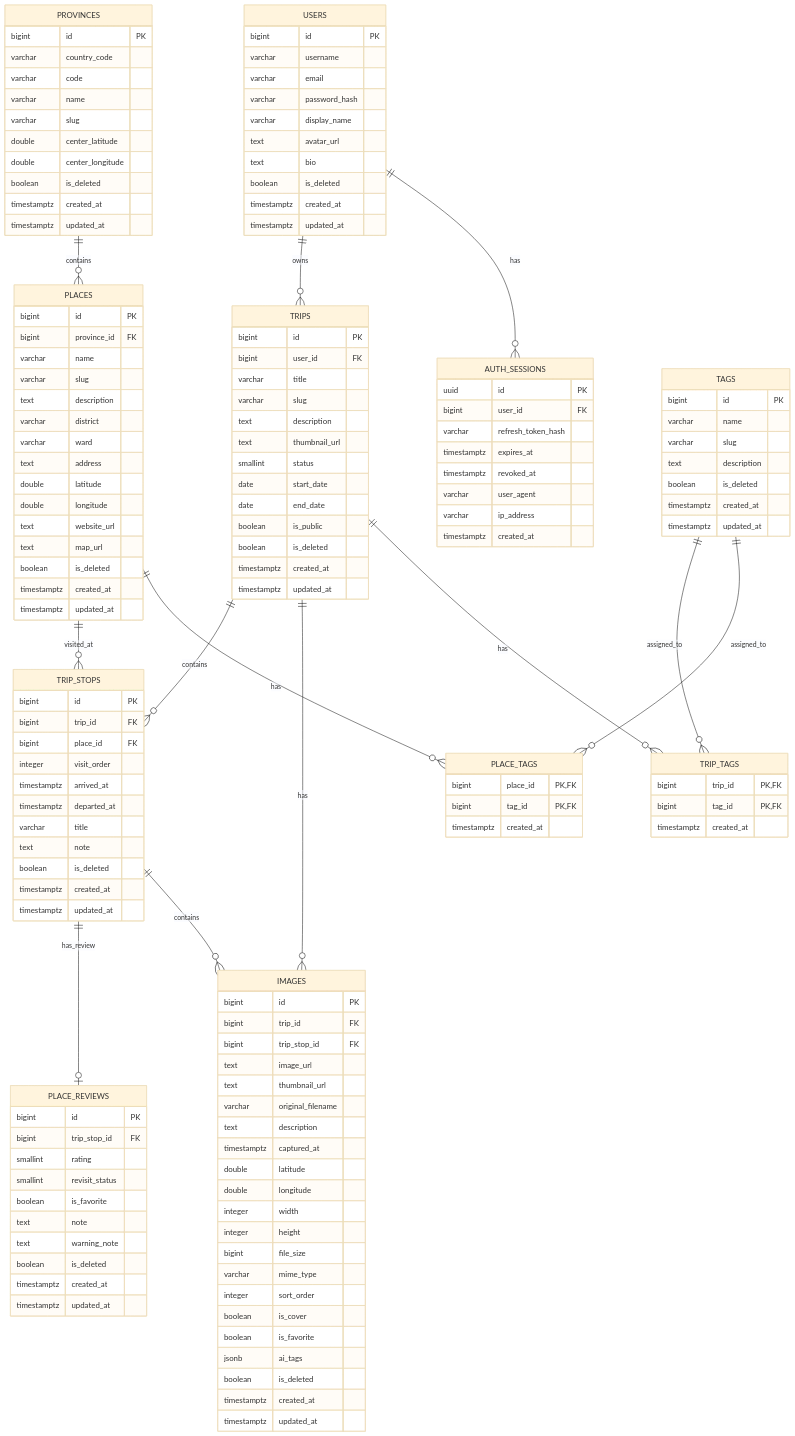
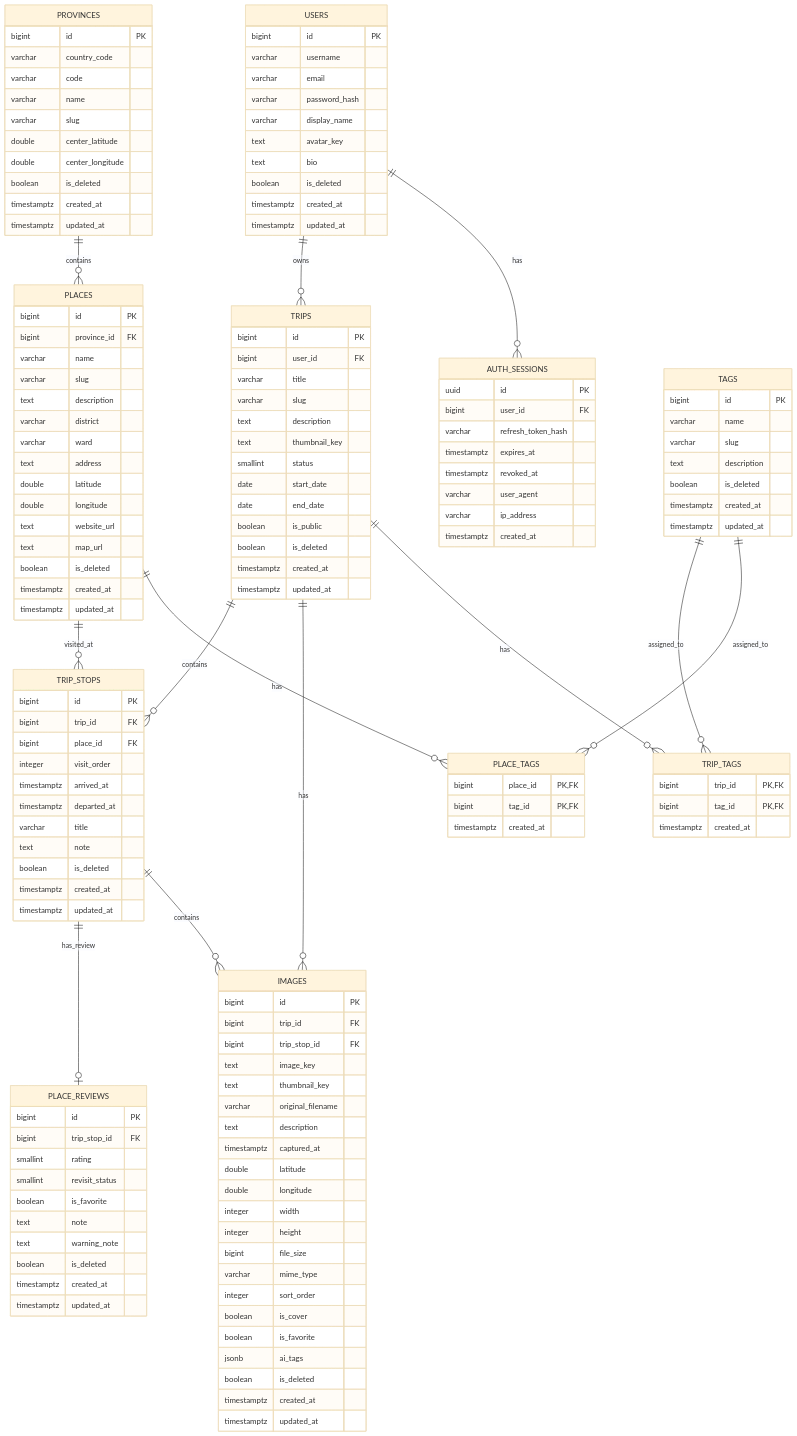
The diagram in database/nomad-diary-er.mmd (Harold-Luong/nomad-diary), drawn with Mermaid (base theme) before and after one commit. The commit also changed 5 other files, not shown here.

```diff
--- a/database/nomad-diary-er.mmd
+++ b/database/nomad-diary-er.mmd
@@ -1,164 +1,164 @@
 
 erDiagram
     USERS ||--o{ TRIPS : owns
     USERS ||--o{ AUTH_SESSIONS : has
 
     PROVINCES ||--o{ PLACES : contains
 
     TRIPS ||--o{ TRIP_STOPS : contains
     PLACES ||--o{ TRIP_STOPS : visited_at
 
     TRIP_STOPS ||--o| PLACE_REVIEWS : has_review
 
     TRIPS ||--o{ IMAGES : has
     TRIP_STOPS ||--o{ IMAGES : contains
 
     TRIPS ||--o{ TRIP_TAGS : has
     TAGS ||--o{ TRIP_TAGS : assigned_to
 
     PLACES ||--o{ PLACE_TAGS : has
     TAGS ||--o{ PLACE_TAGS : assigned_to
 
     USERS {
         bigint id PK
         varchar username
         varchar email
         varchar password_hash
         varchar display_name
-        text avatar_url
+        text avatar_key
         text bio
         boolean is_deleted
         timestamptz created_at
         timestamptz updated_at
     }
 
     AUTH_SESSIONS {
         uuid id PK
         bigint user_id FK
         varchar refresh_token_hash
         timestamptz expires_at
         timestamptz revoked_at
         varchar user_agent
         varchar ip_address
         timestamptz created_at
     }
 
     PROVINCES {
         bigint id PK
         varchar country_code
         varchar code
         varchar name
         varchar slug
         double center_latitude
         double center_longitude
         boolean is_deleted
         timestamptz created_at
         timestamptz updated_at
     }
 
     PLACES {
         bigint id PK
         bigint province_id FK
         varchar name
         varchar slug
         text description
         varchar district
         varchar ward
         text address
         double latitude
         double longitude
         text website_url
         text map_url
         boolean is_deleted
         timestamptz created_at
         timestamptz updated_at
     }
 
     TRIPS {
         bigint id PK
         bigint user_id FK
         varchar title
         varchar slug
         text description
-        text thumbnail_url
+        text thumbnail_key
         smallint status
         date start_date
         date end_date
         boolean is_public
         boolean is_deleted
         timestamptz created_at
         timestamptz updated_at
     }
 
     TRIP_STOPS {
         bigint id PK
         bigint trip_id FK
         bigint place_id FK
         integer visit_order
         timestamptz arrived_at
         timestamptz departed_at
         varchar title
         text note
         boolean is_deleted
         timestamptz created_at
         timestamptz updated_at
     }
 
     PLACE_REVIEWS {
         bigint id PK
         bigint trip_stop_id FK
         smallint rating
         smallint revisit_status
         boolean is_favorite
         text note
         text warning_note
         boolean is_deleted
         timestamptz created_at
         timestamptz updated_at
     }
 
     IMAGES {
         bigint id PK
         bigint trip_id FK
         bigint trip_stop_id FK
-        text image_url
-        text thumbnail_url
+        text image_key
+        text thumbnail_key
         varchar original_filename
         text description
         timestamptz captured_at
         double latitude
         double longitude
         integer width
         integer height
         bigint file_size
         varchar mime_type
         integer sort_order
         boolean is_cover
         boolean is_favorite
         jsonb ai_tags
         boolean is_deleted
         timestamptz created_at
         timestamptz updated_at
     }
 
     TAGS {
         bigint id PK
         varchar name
         varchar slug
         text description
         boolean is_deleted
         timestamptz created_at
         timestamptz updated_at
     }
 
     TRIP_TAGS {
         bigint trip_id PK, FK
         bigint tag_id PK, FK
         timestamptz created_at
     }
 
     PLACE_TAGS {
         bigint place_id PK, FK
         bigint tag_id PK, FK
         timestamptz created_at
     }
```
